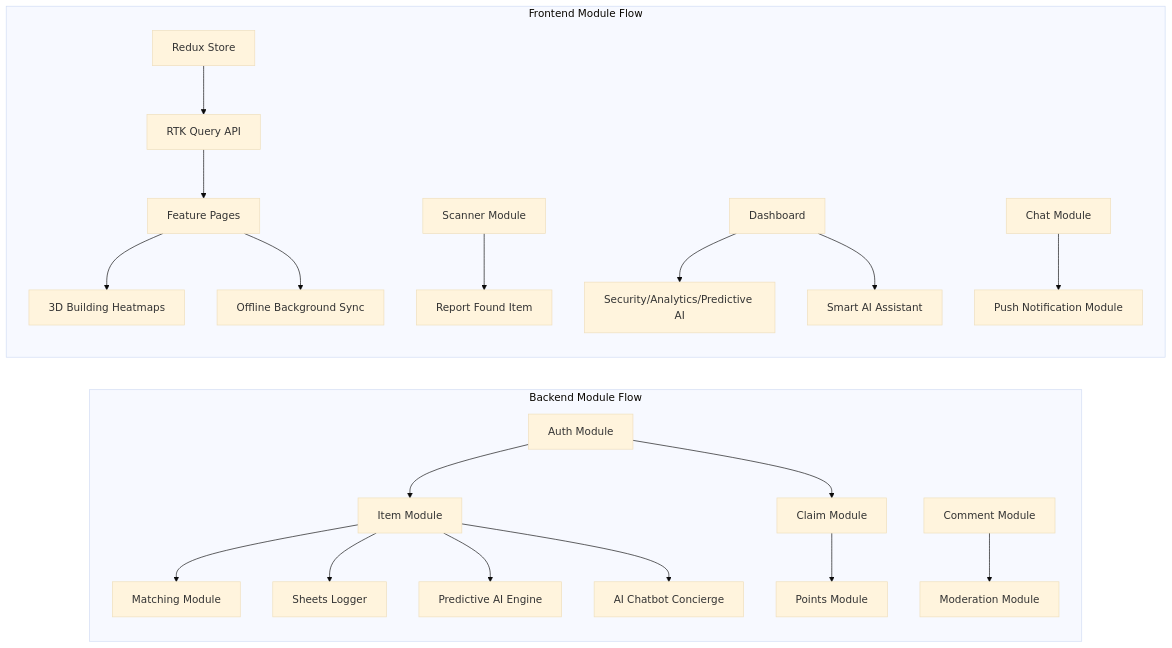
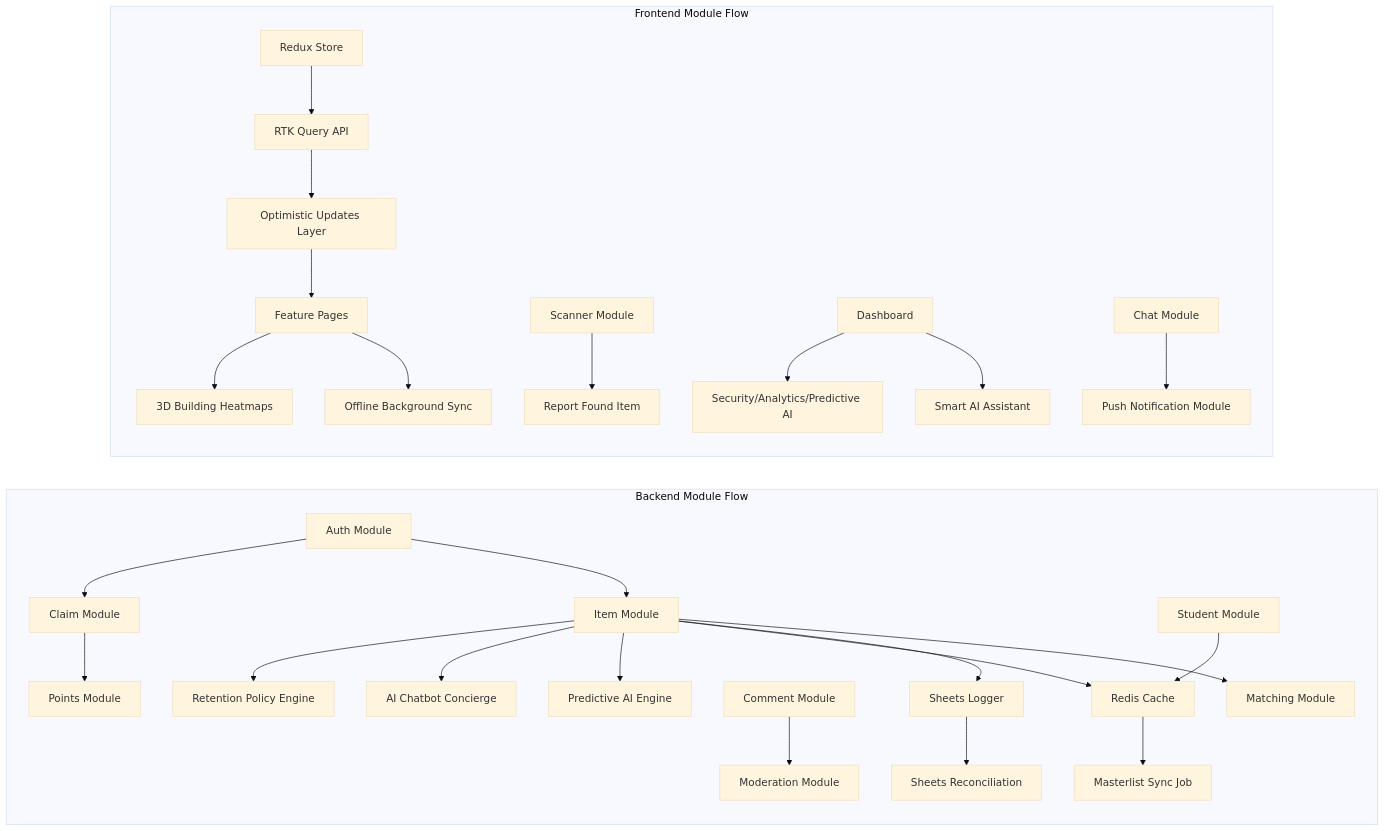
The second of 2 diagrams in README.md (Giancyril/Lost-and-Found), drawn with Mermaid (base theme) before and after one commit. The commit also changed other lines of this file, not shown here.

````diff
--- a/README.md
+++ b/README.md
@@ -298,24 +300,30 @@
 ```mermaid
 graph LR
     subgraph BE_Deps ["Backend Module Flow"]
         Auth[Auth Module] --> Items[Item Module]
         Auth --> Claims[Claim Module]
         Items --> Match[Matching Module]
         Items --> Sheets[Sheets Logger]
+        Items --> Redis[Redis Cache]
         Claims --> Points[Points Module]
         Comments[Comment Module] --> Mod[Moderation Module]
         Items --> Predictive[Predictive AI Engine]
         Items --> AIChat[AI Chatbot Concierge]
+        Student[Student Module] --> Redis
+        Redis --> Sync[Masterlist Sync Job]
+        Sheets --> Reconciliation[Sheets Reconciliation]
+        Items --> Retention[Retention Policy Engine]
     end
 
     subgraph FE_Deps ["Frontend Module Flow"]
         Store[Redux Store] --> API[RTK Query API]
-        API --> Pages[Feature Pages]
+        API --> OptimisticUI[Optimistic Updates Layer]
+        OptimisticUI --> Pages[Feature Pages]
         Scanner[Scanner Module] --> Report[Report Found Item]
         Dashboard[Dashboard] --> SubMods[Security/Analytics/Predictive AI]
         Chat[Chat Module] --> Push[Push Notification Module]
         Pages --> 3DMap[3D Building Heatmaps]
         Pages --> OfflineSync[Offline Background Sync]
         Dashboard --> AIWidget[Smart AI Assistant]
     end
 ```
````
